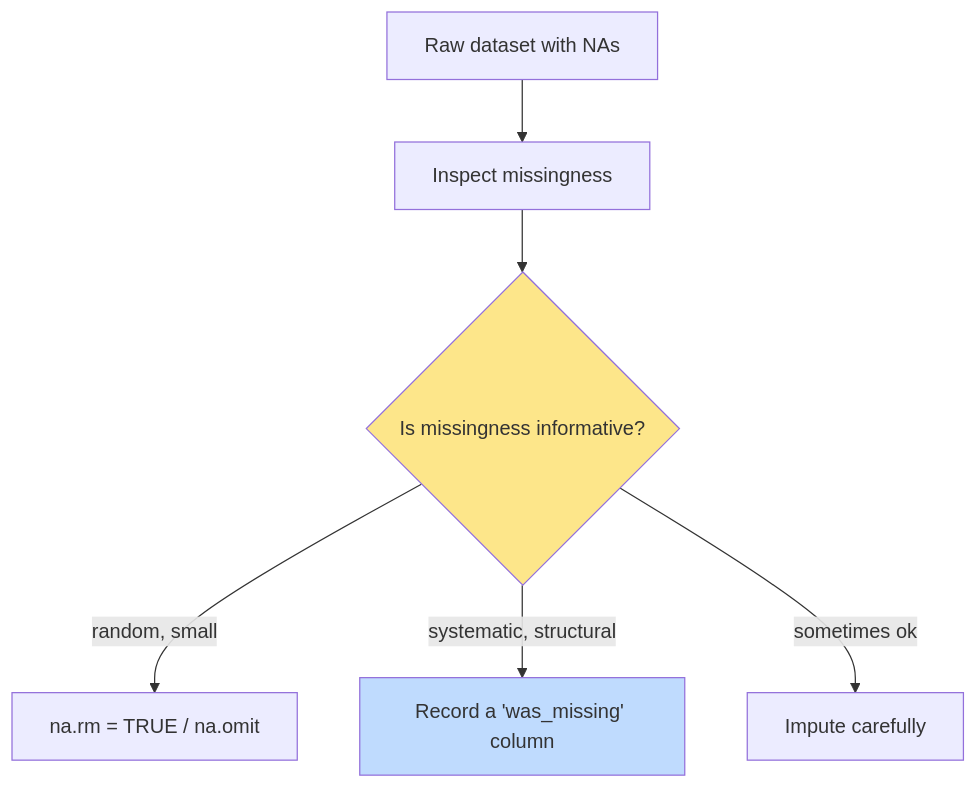
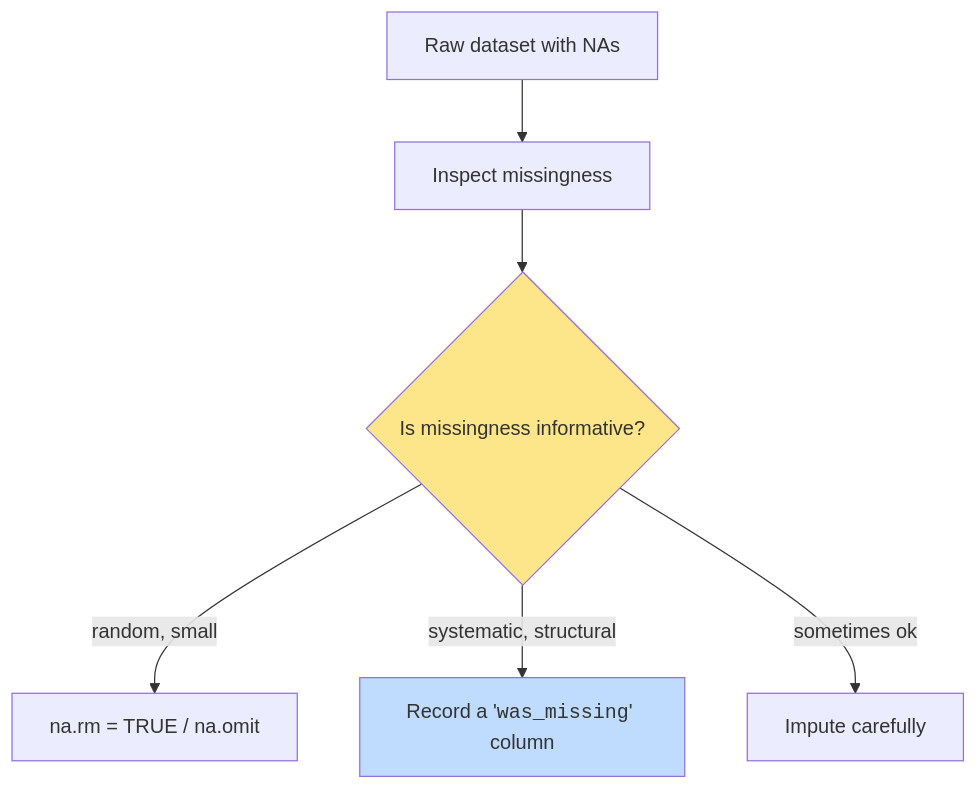
The diagram in content/learn/practical-r-for-beginners/missing-values.mdx (dataslope/dataslope), drawn with Mermaid before and after one commit. The commit also changed 153 other files, not shown here.

First line of the commit message:
Render code-only mermaid shapes in monospace; convert step sequences to Steps

````diff
--- a/content/learn/practical-r-for-beginners/missing-values.mdx
+++ b/content/learn/practical-r-for-beginners/missing-values.mdx
@@ -126,15 +126,15 @@
 ```mermaid
 flowchart TB
   raw["Raw dataset with NAs"]
   inspect["Inspect missingness"]
   decide{"Is missingness informative?"}
   drop["na.rm = TRUE / na.omit"]
   impute["Impute carefully"]
-  flag["Record a 'was_missing' column"]
+  flag["Record a '<code>was_missing</code>' column"]
   raw --> inspect --> decide
   decide -->|"random, small"| drop
   decide -->|"systematic, structural"| flag
   decide -->|"sometimes ok"| impute
   style decide fill:#fde68a
   style flag fill:#bfdbfe
 ```
````
